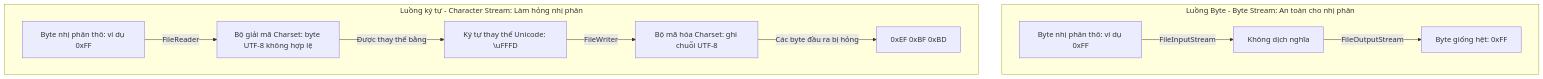
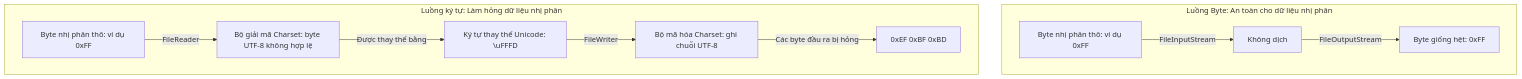
The diagram in vi/26-io/theory/01-file-concepts.md (PhuThien2005/theoretical-of-java-core), drawn with Mermaid before and after one commit. The commit also changed other lines of this file and 229 other files, not shown here.

````diff
--- a/vi/26-io/theory/01-file-concepts.md
+++ b/vi/26-io/theory/01-file-concepts.md
@@ -122,12 +122,12 @@
 ```mermaid
 flowchart TD
-    subgraph ByteStream [Luồng Byte - Byte Stream: An toàn cho nhị phân]
-        B1[Byte nhị phân thô: ví dụ 0xFF] -->|FileInputStream| B2[Không dịch nghĩa] -->|FileOutputStream| B3[Byte giống hệt: 0xFF]
+    subgraph ByteStream [Luồng Byte: An toàn cho dữ liệu nhị phân]
+        B1[Byte nhị phân thô: ví dụ 0xFF] -->|FileInputStream| B2[Không dịch] -->|FileOutputStream| B3[Byte giống hệt: 0xFF]
     end
-    subgraph CharStream [Luồng ký tự - Character Stream: Làm hỏng nhị phân]
+    subgraph CharStream [Luồng ký tự: Làm hỏng dữ liệu nhị phân]
         C1[Byte nhị phân thô: ví dụ 0xFF] -->|FileReader| C2[Bộ giải mã Charset: byte UTF-8 không hợp lệ]
         C2 -->|Được thay thế bằng| C3[Ký tự thay thế Unicode: \uFFFD]
         C3 -->|FileWriter| C4[Bộ mã hóa Charset: ghi chuỗi UTF-8]
         C4 -->|Các byte đầu ra bị hỏng| C5[0xEF 0xBF 0xBD]
     end
 ```
````
